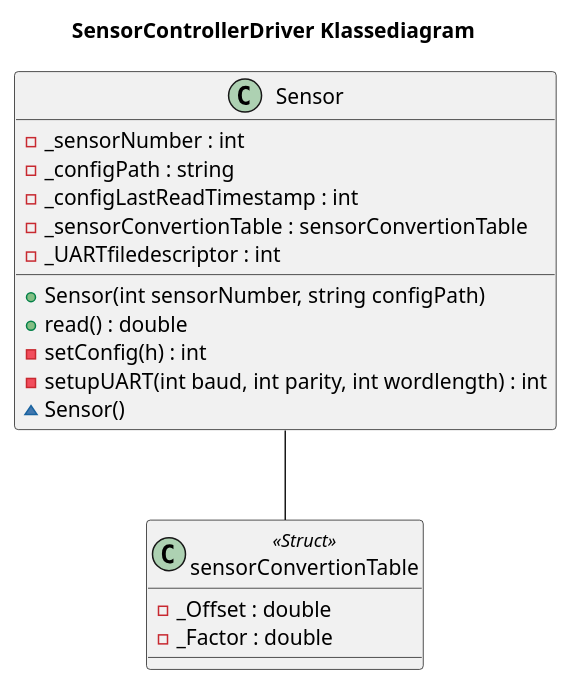
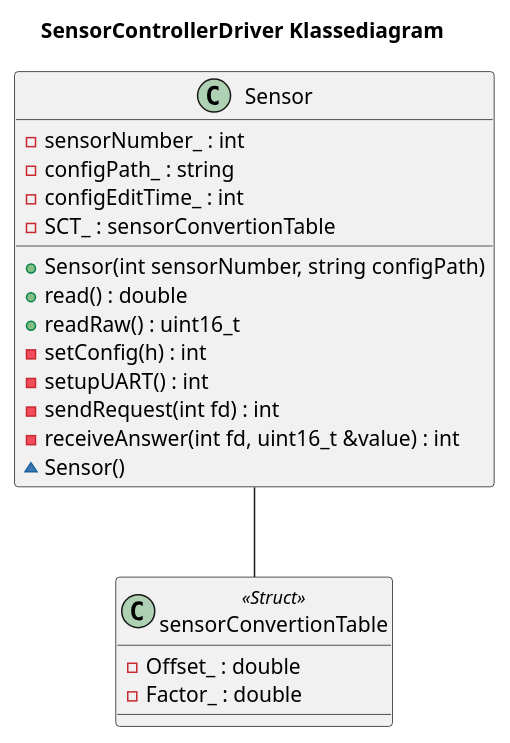
One commit to Solvgraa-mager/E4PRJ4 changed the diagram in Design/SE/SensorController Driver/Klassediagram.puml. Above: the diagram before and after it, drawn with PlantUML. The commit also changed 15 other files, not shown here.

```diff
--- a/Design/SE/SensorController Driver/Klassediagram.puml
+++ b/Design/SE/SensorController Driver/Klassediagram.puml
@@ -1,24 +1,26 @@
 @startuml CD_SensorControllerDriver
 title SensorControllerDriver Klassediagram
 
 class Sensor{
     +Sensor(int sensorNumber, string configPath)
     +read() : double
+    +readRaw() : uint16_t
     -setConfig(h) : int
-    -setupUART(int baud, int parity, int wordlength) : int
+    -setupUART() : int
+    -sendRequest(int fd) : int
+    -receiveAnswer(int fd, uint16_t &value) : int
     ~Sensor()
-    -_sensorNumber : int
-    -_configPath : string
-    -_configLastReadTimestamp : int
-    -_sensorConvertionTable : sensorConvertionTable
-    -_UARTfiledescriptor : int
+    -sensorNumber_ : int
+    -configPath_ : string
+    -configEditTime_ : int
+    -SCT_ : sensorConvertionTable
 }
 
 class sensorConvertionTable <<Struct>>{
-    -_Offset : double
-    -_Factor : double
+    -Offset_ : double
+    -Factor_ : double
 }
 
 Sensor -- sensorConvertionTable
 
 @enduml
```
